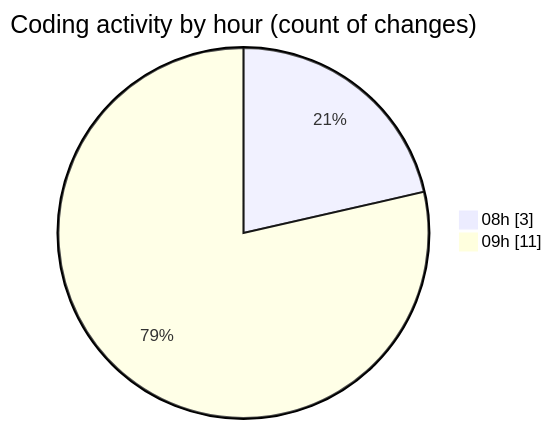
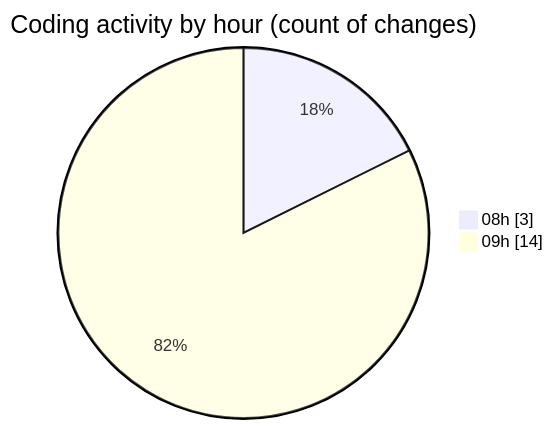
One commit to julien-gomy/code-tracking changed the second of 2 diagrams in 2025-10-22/eventscop-api-guide__workspace_/README.md. Above: the diagram before and after it, drawn with Mermaid. The commit also changed other lines of this file and 1 other file, not shown here.

````diff
--- a/2025-10-22/eventscop-api-guide__workspace_/README.md
+++ b/2025-10-22/eventscop-api-guide__workspace_/README.md
@@ -33,6 +33,6 @@
 ```mermaid
 pie showData
 title Coding activity by hour (count of changes)
 "08h" : 3
-"09h" : 11
+"09h" : 14
 ```
````
